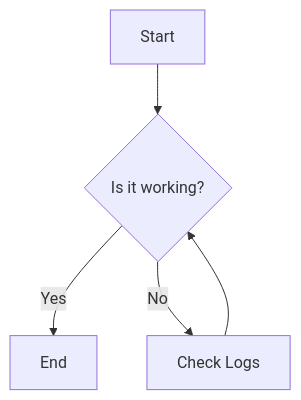
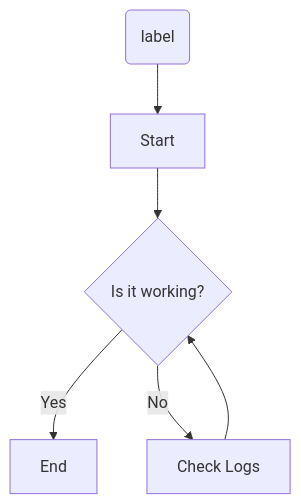
The diagram in diagram.mmd (Theblackcat98/ASCII-Everything), drawn with Mermaid before and after one commit. The commit also changed 8 other files, not shown here.

```diff
--- a/diagram.mmd
+++ b/diagram.mmd
@@ -1,5 +1,6 @@
-graph TD
-    A[Start] --> B{Is it working?};
-    B -- Yes --> C[End];
-    B -- No --> D[Check Logs];
-    D --> B;
+flowchart TD
+    roundedId("label") --> A
+    A["Start"] --> B{"Is it working?"}
+    B -- Yes --> C["End"]
+    B -- No --> D["Check Logs"]
+    D --> B
```
